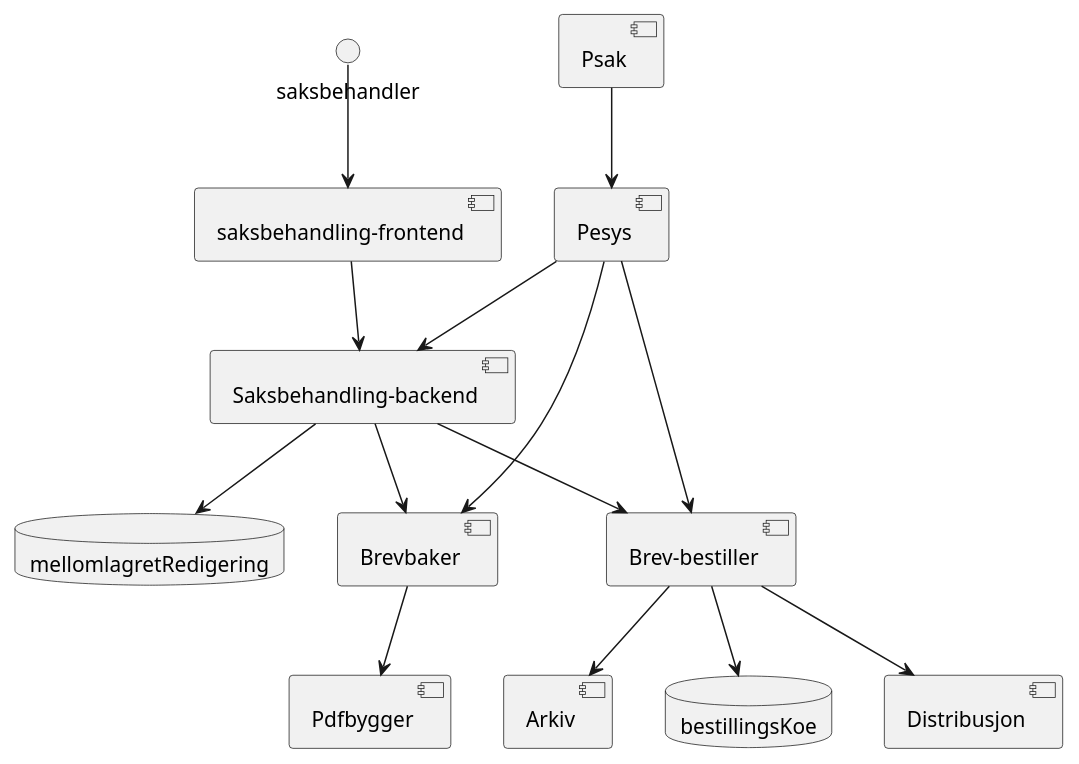
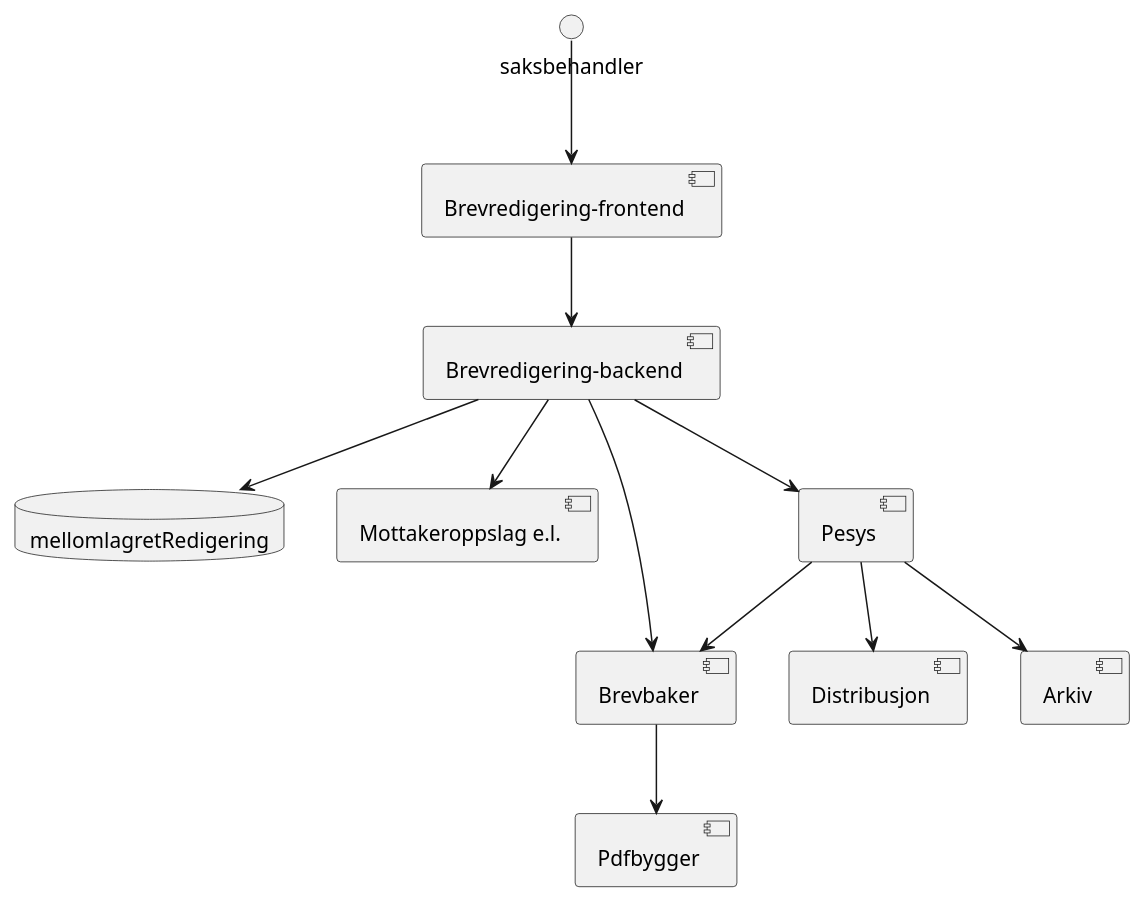
One commit to navikt/pensjonsbrev changed the second of 2 diagrams in docs/arkitektur.adoc. Above: the diagram before and after it, drawn with PlantUML. The commit also changed other lines of this file, not shown here.

Commit message:
Oppdater docs

```diff
--- a/docs/arkitektur.adoc
+++ b/docs/arkitektur.adoc
@@ -59,21 +63,15 @@
 [plantuml, target=img/planlagt-arkitektur, format=svg]
 ....
-saksbehandler --> [saksbehandling-frontend]
-[saksbehandling-frontend] --> [Saksbehandling-backend]
+saksbehandler --> [Brevredigering-frontend]
+[Brevredigering-frontend] --> [Brevredigering-backend]
+[Brevredigering-backend] --> mellomlagretRedigering
+[Brevredigering-backend] --> [Mottakeroppslag e.l.]
+[Brevredigering-backend] --> [Brevbaker]
+[Brevredigering-backend] --> [Pesys]
 [Pesys] --> [Brevbaker]
-[Pesys] --> [Saksbehandling-backend]
-[Pesys] --> [Brev-bestiller]
-[Brev-bestiller] --> [Distribusjon]
-[Brev-bestiller] --> [Arkiv]
-[Brev-bestiller] -->bestillingsKoe
-[Saksbehandling-backend] --> mellomlagretRedigering
-[Saksbehandling-backend] --> [Brev-bestiller]
-[Saksbehandling-backend] --> [Brevbaker]
-database "Mellomlagret redigering" as mellomlagretRedigering{
+[Pesys] --> [Distribusjon]
+[Pesys] --> [Arkiv]
+database "Brevredigering-db" as mellomlagretRedigering{
 }
-database "bestillings-kø" as bestillingsKoe{
-}
-
 [Brevbaker] --> [Pdfbygger]
-[Psak] --> [Pesys]
 ....
```
